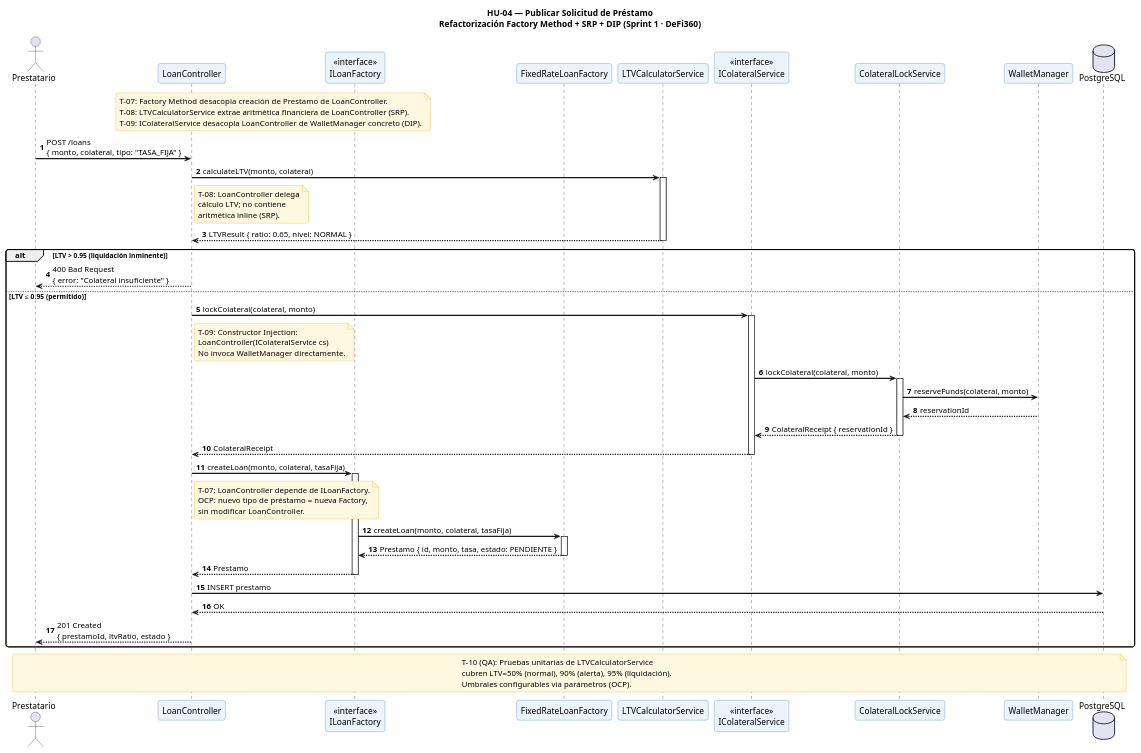
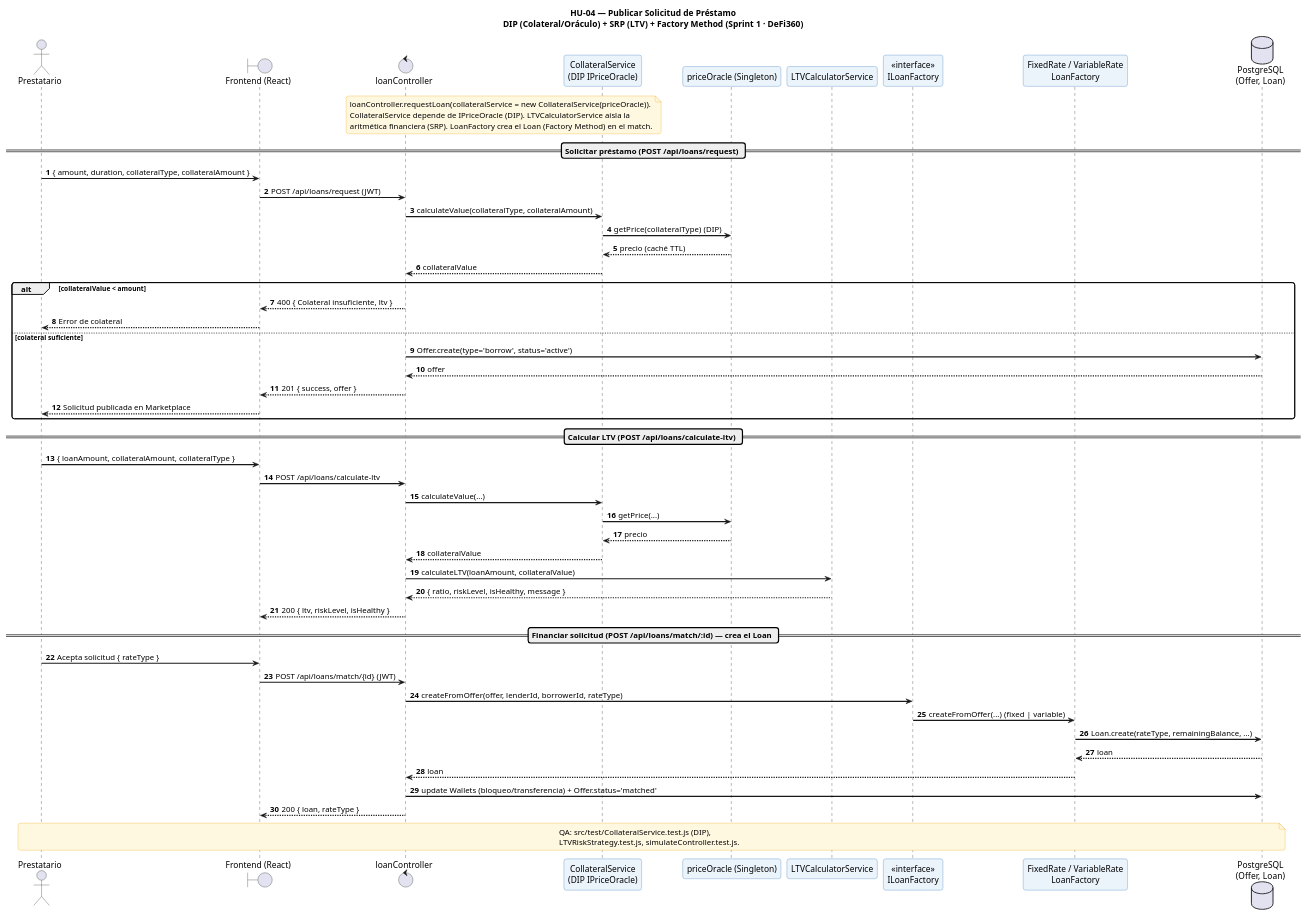
Before and after one commit to Brando-01/Software2: the diagram in Diagramas/HU04_Publicar_Solicitud_Prestamo.puml, drawn with PlantUML. The commit also changed 24 other files, not shown here.

Commit message:
docs(diagramas): diagramas UML Release 01 y Release 02 (general y por HU)

```diff
--- a/Diagramas/HU04_Publicar_Solicitud_Prestamo.puml
+++ b/Diagramas/HU04_Publicar_Solicitud_Prestamo.puml
@@ -1,87 +1,78 @@
 @startuml HU04_Publicar_Solicitud_Prestamo
-title HU-04 — Publicar Solicitud de Préstamo\nRefactorización Factory Method + SRP + DIP (Sprint 1 · DeFi360)
+title HU-04 — Publicar Solicitud de Préstamo\nDIP (Colateral/Oráculo) + SRP (LTV) + Factory Method (Sprint 1 · DeFi360)
 
 skinparam sequenceArrowThickness 2
 skinparam roundcorner 8
 skinparam sequenceParticipantBorderColor #2E75B6
 skinparam sequenceParticipantBackgroundColor #EBF3FB
 skinparam noteBorderColor #F0A500
 skinparam noteBackgroundColor #FFF8E1
 
-actor       "Prestatario"              as User
-participant "LoanController"           as LC
-participant "<<interface>>\nILoanFactory"     as ILF
-participant "FixedRateLoanFactory"     as FLF
-participant "LTVCalculatorService"     as LTV
-participant "<<interface>>\nIColateralService" as ICS
-participant "ColateralLockService"     as CLS
-participant "WalletManager"            as WM
-database    "PostgreSQL"               as DB
+actor       "Prestatario"                    as User
+boundary    "Frontend (React)"              as UI
+control     "loanController"                as LC
+participant "CollateralService\n(DIP IPriceOracle)" as CS
+participant "priceOracle (Singleton)"       as ORA
+participant "LTVCalculatorService"          as LTV
+participant "<<interface>>\nILoanFactory"   as ILF
+participant "FixedRate / VariableRate\nLoanFactory" as LF
+database    "PostgreSQL\n(Offer, Loan)"     as DB
 
 autonumber
 
-note over LC, ILF
-  T-07: Factory Method desacopla creación de Prestamo de LoanController.
-  T-08: LTVCalculatorService extrae aritmética financiera de LoanController (SRP).
-  T-09: IColateralService desacopla LoanController de WalletManager concreto (DIP).
+note over LC, CS
+  loanController.requestLoan(collateralService = new CollateralService(priceOracle)).
+  CollateralService depende de IPriceOracle (DIP). LTVCalculatorService aísla la
+  aritmética financiera (SRP). LoanFactory crea el Loan (Factory Method) en el match.
 end note
 
-User -> LC : POST /loans\n{ monto, colateral, tipo: "TASA_FIJA" }
+== Solicitar préstamo (POST /api/loans/request) ==
 
-LC -> LTV : calculateLTV(monto, colateral)
-note right of LC
-  T-08: LoanController delega
-  cálculo LTV; no contiene
-  aritmética inline (SRP).
-end note
-activate LTV
-LTV --> LC : LTVResult { ratio: 0.65, nivel: NORMAL }
-deactivate LTV
+User -> UI : { amount, duration, collateralType, collateralAmount }
+UI -> LC : POST /api/loans/request (JWT)
 
-alt LTV > 0.95 (liquidación inminente)
-    LC --> User : 400 Bad Request\n{ error: "Colateral insuficiente" }
-else LTV ≤ 0.95 (permitido)
+LC -> CS : calculateValue(collateralType, collateralAmount)
+CS -> ORA : getPrice(collateralType)  (DIP)
+ORA --> CS : precio (caché TTL)
+CS --> LC : collateralValue
 
-    LC -> ICS : lockColateral(colateral, monto)
-    note right of LC
-      T-09: Constructor Injection:
-      LoanController(IColateralService cs)
-      No invoca WalletManager directamente.
-    end note
-    activate ICS
-    ICS -> CLS : lockColateral(colateral, monto)
-    activate CLS
-    CLS -> WM  : reserveFunds(colateral, monto)
-    WM --> CLS : reservationId
-    CLS --> ICS : ColateralReceipt { reservationId }
-    deactivate CLS
-    ICS --> LC  : ColateralReceipt
-    deactivate ICS
-
-    LC -> ILF : createLoan(monto, colateral, tasaFija)
-    note right of LC
-      T-07: LoanController depende de ILoanFactory.
-      OCP: nuevo tipo de préstamo = nueva Factory,
-      sin modificar LoanController.
-    end note
-    activate ILF
-    ILF -> FLF : createLoan(monto, colateral, tasaFija)
-    activate FLF
-    FLF --> ILF : Prestamo { id, monto, tasa, estado: PENDIENTE }
-    deactivate FLF
-    ILF --> LC  : Prestamo
-    deactivate ILF
-
-    LC -> DB : INSERT prestamo
-    DB --> LC : OK
-
-    LC --> User : 201 Created\n{ prestamoId, ltvRatio, estado }
+alt collateralValue < amount
+    LC --> UI : 400 { Colateral insuficiente, ltv }
+    UI --> User : Error de colateral
+else colateral suficiente
+    LC -> DB : Offer.create(type='borrow', status='active')
+    DB --> LC : offer
+    LC --> UI : 201 { success, offer }
+    UI --> User : Solicitud publicada en Marketplace
 end
 
+== Calcular LTV (POST /api/loans/calculate-ltv) ==
+
+User -> UI : { loanAmount, collateralAmount, collateralType }
+UI -> LC : POST /api/loans/calculate-ltv
+LC -> CS : calculateValue(...)
+CS -> ORA : getPrice(...)
+ORA --> CS : precio
+CS --> LC : collateralValue
+LC -> LTV : calculateLTV(loanAmount, collateralValue)
+LTV --> LC : { ratio, riskLevel, isHealthy, message }
+LC --> UI : 200 { ltv, riskLevel, isHealthy }
+
+== Financiar solicitud (POST /api/loans/match/:id) — crea el Loan ==
+
+User -> UI : Acepta solicitud { rateType }
+UI -> LC : POST /api/loans/match/{id} (JWT)
+LC -> ILF : createFromOffer(offer, lenderId, borrowerId, rateType)
+ILF -> LF : createFromOffer(...)  (fixed | variable)
+LF -> DB : Loan.create(rateType, remainingBalance, ...)
+DB --> LF : loan
+LF --> LC : loan
+LC -> DB : update Wallets (bloqueo/transferencia) + Offer.status='matched'
+LC --> UI : 200 { loan, rateType }
+
 note over User, DB
-  T-10 (QA): Pruebas unitarias de LTVCalculatorService
-  cubren LTV=50% (normal), 90% (alerta), 95% (liquidación).
-  Umbrales configurables via parámetros (OCP).
+  QA: src/test/CollateralService.test.js (DIP),
+  LTVRiskStrategy.test.js, simulateController.test.js.
 end note
 
 @enduml
```
